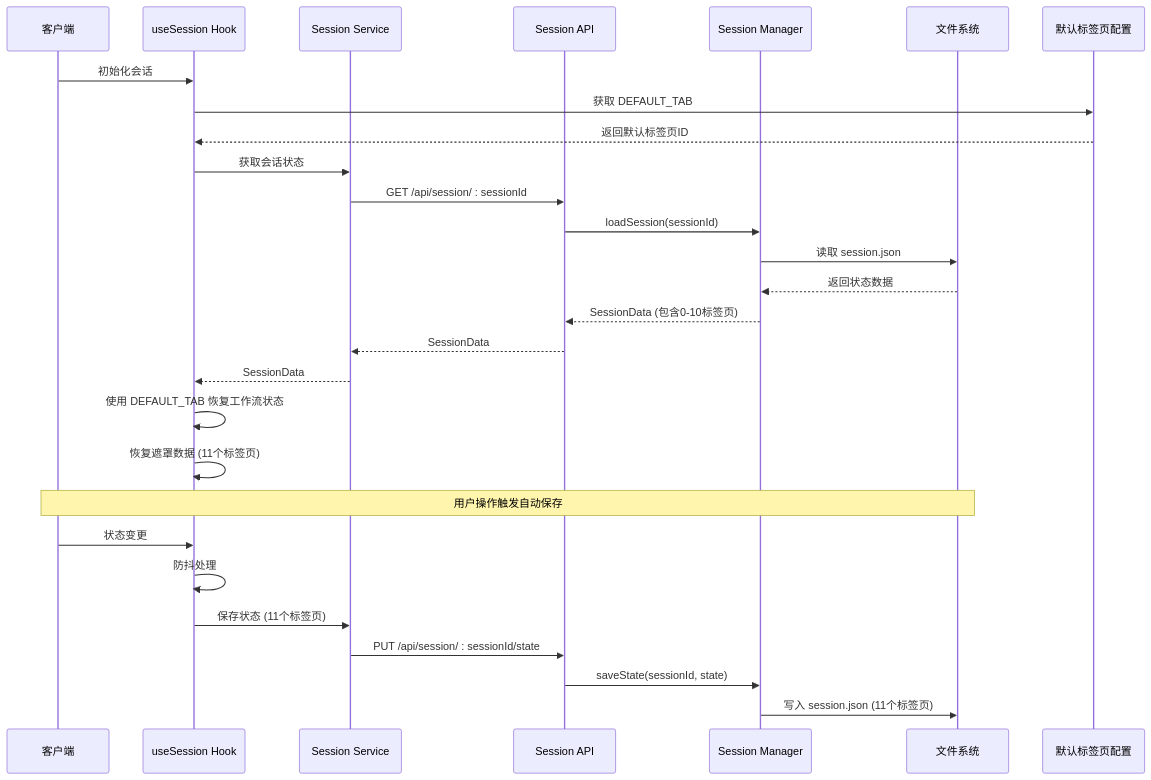
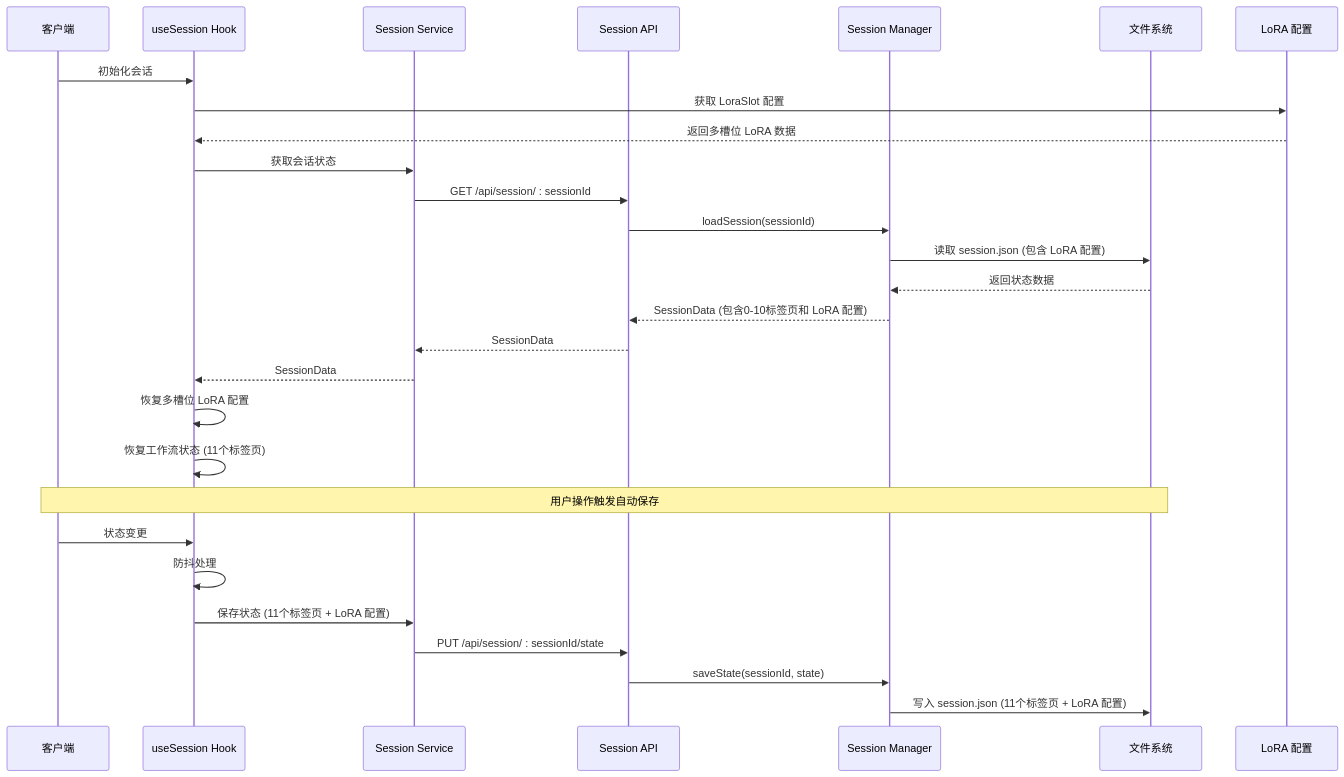
One commit to billye220670/CorineKit_Pix2Real changed the second of 7 diagrams in .qoder/repowiki/zh/content/前端应用/状态管理系统/会话状态管理.md. Above: the diagram before and after it, drawn with Mermaid. The commit also changed other lines of this file and 43 other files, not shown here.

````diff
--- a/.qoder/repowiki/zh/content/前端应用/状态管理系统/会话状态管理.md
+++ b/.qoder/repowiki/zh/content/前端应用/状态管理系统/会话状态管理.md
@@ -147,30 +159,30 @@
 ```mermaid
 sequenceDiagram
 participant Client as 客户端
 participant Hook as useSession Hook
 participant Service as Session Service
 participant API as Session API
 participant Manager as Session Manager
 participant FS as 文件系统
-participant Config as 默认标签页配置
+participant Config as LoRA 配置
 Client->>Hook : 初始化会话
-Hook->>Config : 获取 DEFAULT_TAB
-Config-->>Hook : 返回默认标签页ID
+Hook->>Config : 获取 LoraSlot 配置
+Config-->>Hook : 返回多槽位 LoRA 数据
 Hook->>Service : 获取会话状态
 Service->>API : GET /api/session/ : sessionId
 API->>Manager : loadSession(sessionId)
-Manager->>FS : 读取 session.json
+Manager->>FS : 读取 session.json (包含 LoRA 配置)
 FS-->>Manager : 返回状态数据
-Manager-->>API : SessionData (包含0-10标签页)
+Manager-->>API : SessionData (包含0-10标签页和 LoRA 配置)
 API-->>Service : SessionData
 Service-->>Hook : SessionData
-Hook->>Hook : 使用 DEFAULT_TAB 恢复工作流状态
-Hook->>Hook : 恢复遮罩数据 (11个标签页)
+Hook->>Hook : 恢复多槽位 LoRA 配置
+Hook->>Hook : 恢复工作流状态 (11个标签页)
 Note over Client,FS : 用户操作触发自动保存
 Client->>Hook : 状态变更
 Hook->>Hook : 防抖处理
-Hook->>Service : 保存状态 (11个标签页)
+Hook->>Service : 保存状态 (11个标签页 + LoRA 配置)
 Service->>API : PUT /api/session/ : sessionId/state
 API->>Manager : saveState(sessionId, state)
-Manager->>FS : 写入 session.json (11个标签页)
+Manager->>FS : 写入 session.json (11个标签页 + LoRA 配置)
 ```
````
